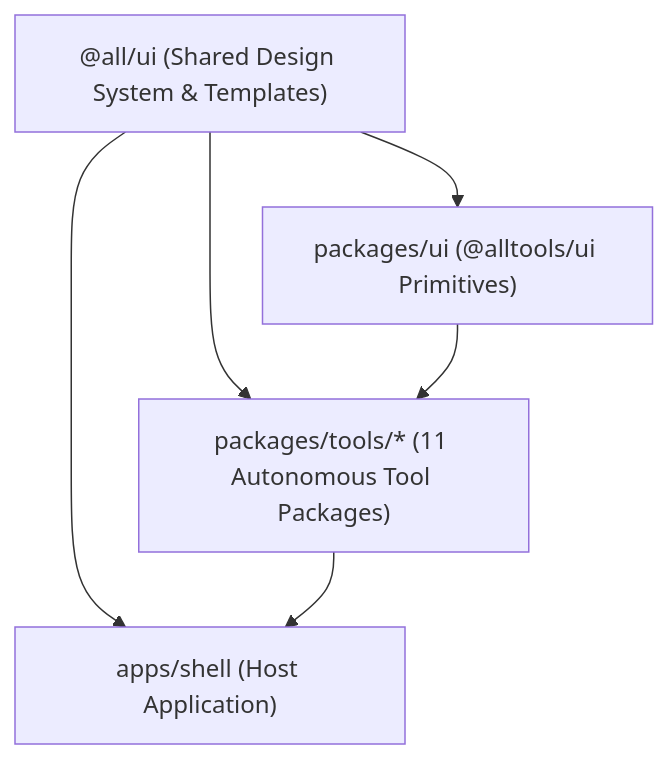
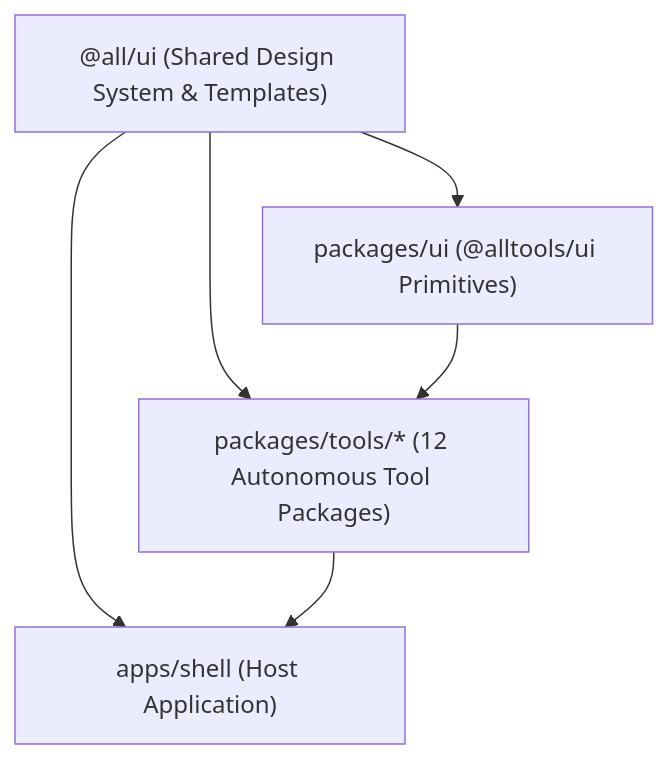
The diagram in README.md (patrasxd/AllTools), drawn with Mermaid before and after one commit. The commit also changed other lines of this file and 18 other files, not shown here.

````diff
--- a/README.md
+++ b/README.md
@@ -80,13 +81,13 @@
 ```mermaid
 graph TD
     SharedUI["@all/ui (Shared Design System & Templates)"]
     Shell["apps/shell (Host Application)"]
     ToolsUI["packages/ui (@alltools/ui Primitives)"]
-    Tools["packages/tools/* (11 Autonomous Tool Packages)"]
+    Tools["packages/tools/* (12 Autonomous Tool Packages)"]
 
     SharedUI --> Shell
     SharedUI --> ToolsUI
     SharedUI --> Tools
     ToolsUI --> Tools
     Tools --> Shell
 ```
````
